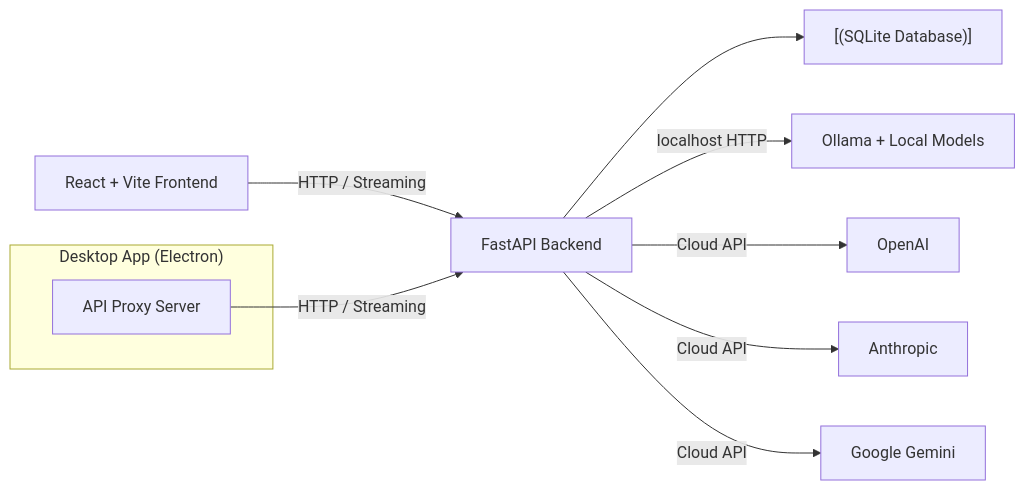
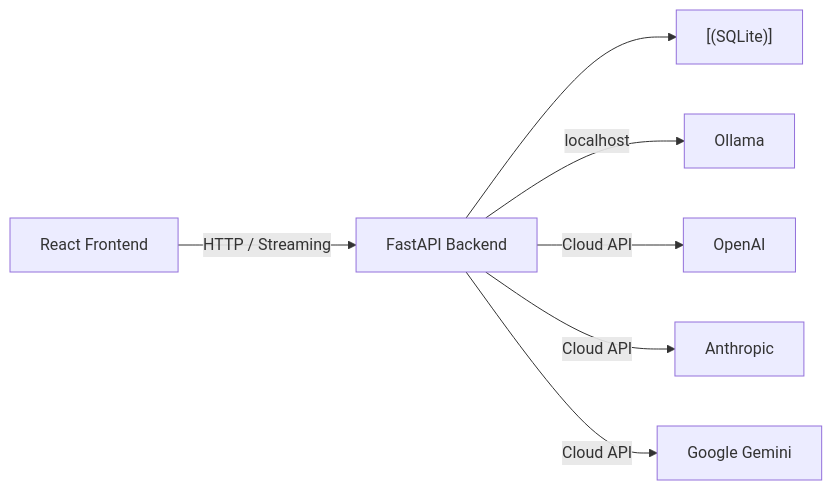
One commit to LukaG712/Neo changed the diagram in README.md. Above: the diagram before and after it, drawn with Mermaid. The commit also changed other lines of this file and 15 other files, not shown here.

````diff
--- a/README.md
+++ b/README.md
@@ -170,13 +183,9 @@
 ```mermaid
 flowchart LR
-    subgraph Desktop["Desktop App (Electron)"]
-        Proxy["API Proxy Server"]
-    end
-    Browser["React + Vite Frontend"] -->|HTTP / Streaming| API["FastAPI Backend"]
-    Proxy -->|HTTP / Streaming| API
-    API --> DB["[(SQLite Database)]"]
-    API -->|localhost HTTP| Ollama["Ollama + Local Models"]
+    Browser["React Frontend"] -->|HTTP / Streaming| API["FastAPI Backend"]
+    API --> DB["[(SQLite)]"]
+    API -->|localhost| Ollama["Ollama"]
     API -->|Cloud API| OpenAI["OpenAI"]
     API -->|Cloud API| Anthropic["Anthropic"]
     API -->|Cloud API| Gemini["Google Gemini"]
 ```
````
